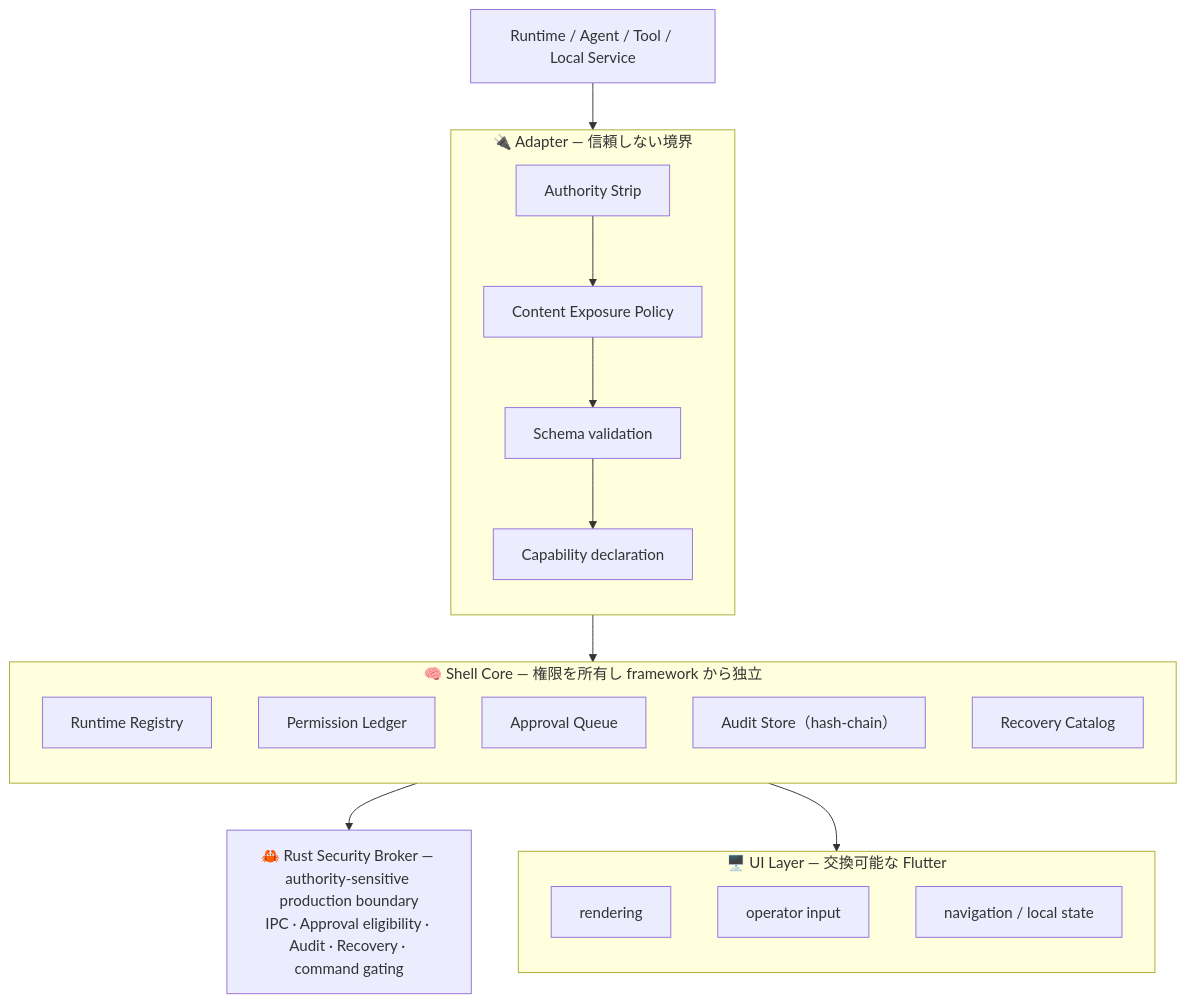
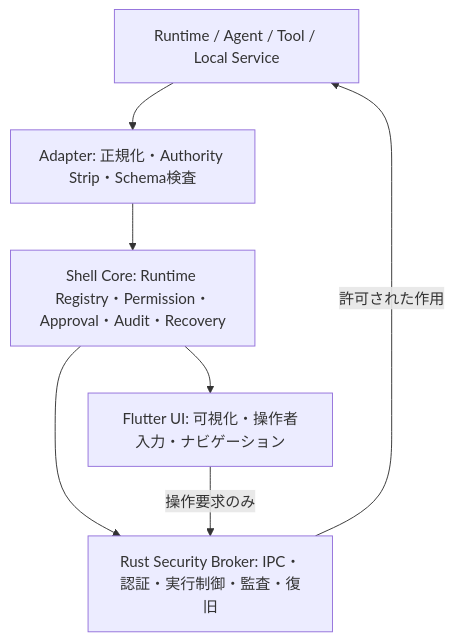
Before and after one commit to gatchimuchio/D4-POCKET: the diagram in README.md, drawn with Mermaid. The commit also changed other lines of this file and 1 other file, not shown here.

````diff
--- a/README.md
+++ b/README.md
@@ -96,31 +42,9 @@
-~~~mermaid
+```mermaid
 flowchart TD
-    SRC["Runtime / Agent / Tool / Local Service"]
-    subgraph ADAPTER["🔌 Adapter — 信頼しない境界"]
-        direction TB
-        A1["Authority Strip"]
-        A2["Content Exposure Policy"]
-        A3["Schema validation"]
-        A4["Capability declaration"]
-        A1 --> A2 --> A3 --> A4
-    end
-    subgraph CORE["🧠 Shell Core — 権限を所有し framework から独立"]
-        direction TB
-        C1["Runtime Registry"]
-        C2["Permission Ledger"]
-        C3["Approval Queue"]
-        C4["Audit Store（hash-chain）"]
-        C5["Recovery Catalog"]
-    end
-    BROKER["🦀 Rust Security Broker — authority-sensitive production boundary<br/>IPC · Approval eligibility · Audit · Recovery · command gating"]
-    subgraph UI["🖥️ UI Layer — 交換可能な Flutter"]
-        direction TB
-        U1["rendering"]
-        U2["operator input"]
-        U3["navigation / local state"]
-    end
-
-    SRC --> ADAPTER --> CORE
-    CORE --> BROKER
-    CORE --> UI
-~~~
+  R["Runtime / Agent / Tool / Local Service"] --> A["Adapter: 正規化・Authority Strip・Schema検査"]
+  A --> C["Shell Core: Runtime Registry・Permission・Approval・Audit・Recovery"]
+  C --> B["Rust Security Broker: IPC・認証・実行制御・監査・復旧"]
+  C --> U["Flutter UI: 可視化・操作者入力・ナビゲーション"]
+  U -->|"操作要求のみ"| B
+  B -->|"許可された作用"| R
+```
````
